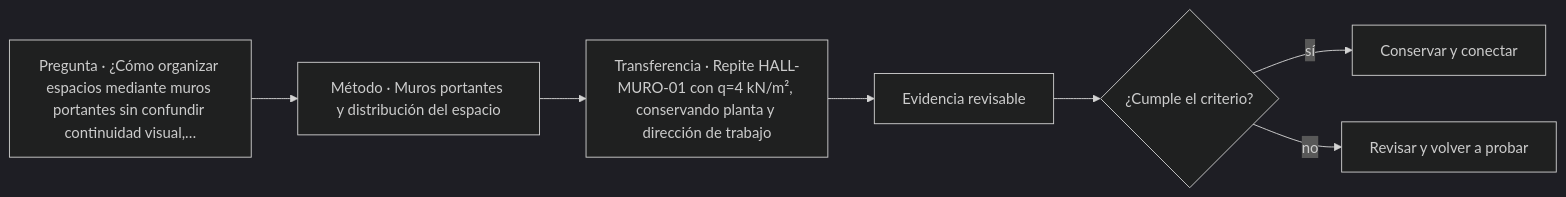
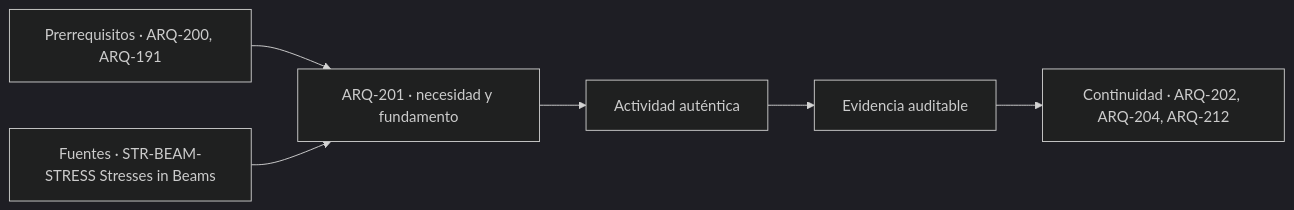
Before and after one commit to vladimiracunadev-create/architecture-built-environment-learning-program: the diagram in classes/parte-21/ARQ-201.md, drawn with Mermaid (dark theme). The commit also changed other lines of this file and 761 other files, not shown here.

````diff
--- a/classes/parte-21/ARQ-201.md
+++ b/classes/parte-21/ARQ-201.md
@@ -107,9 +119,8 @@
 ```mermaid
 flowchart LR
-    Q["Pregunta · ¿Cómo organizar espacios mediante muros portantes sin confundir continuidad visual,…"] --> M["Método · Muros portantes y distribución del espacio"]
-    M --> P["Transferencia · Repite HALL-MURO-01 con q=4 kN/m², conservando planta y dirección de trabajo"]
-    P --> E["Evidencia revisable"]
-    E --> C{"¿Cumple el criterio?"}
-    C -->|sí| T["Conservar y conectar"]
-    C -->|no| R["Revisar y volver a probar"]
+    A["Prerrequisitos · ARQ-200, ARQ-191"] --> B["ARQ-201 · necesidad y fundamento"]
+    S["Fuentes · STR-BEAM-STRESS Stresses in Beams"] --> B
+    B --> C["Actividad auténtica"]
+    C --> D["Evidencia auditable"]
+    D --> E["Continuidad · ARQ-202, ARQ-204, ARQ-212"]
 ```
````
